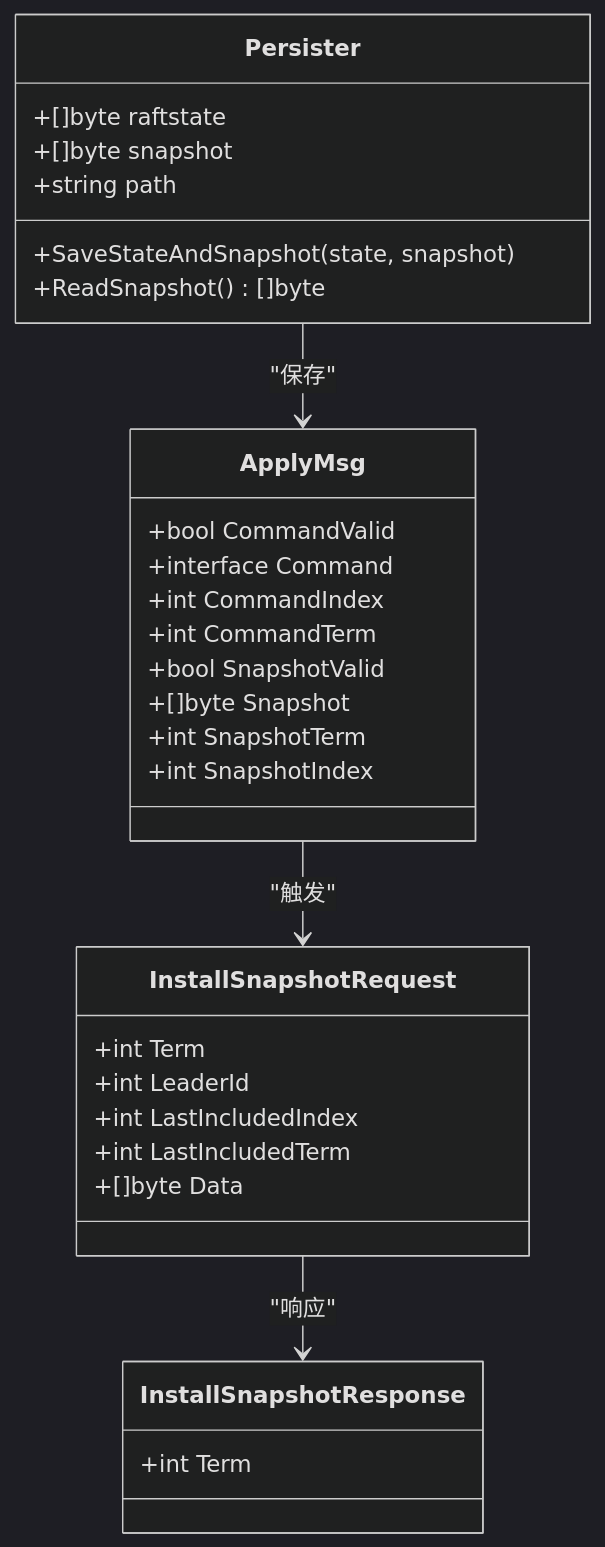
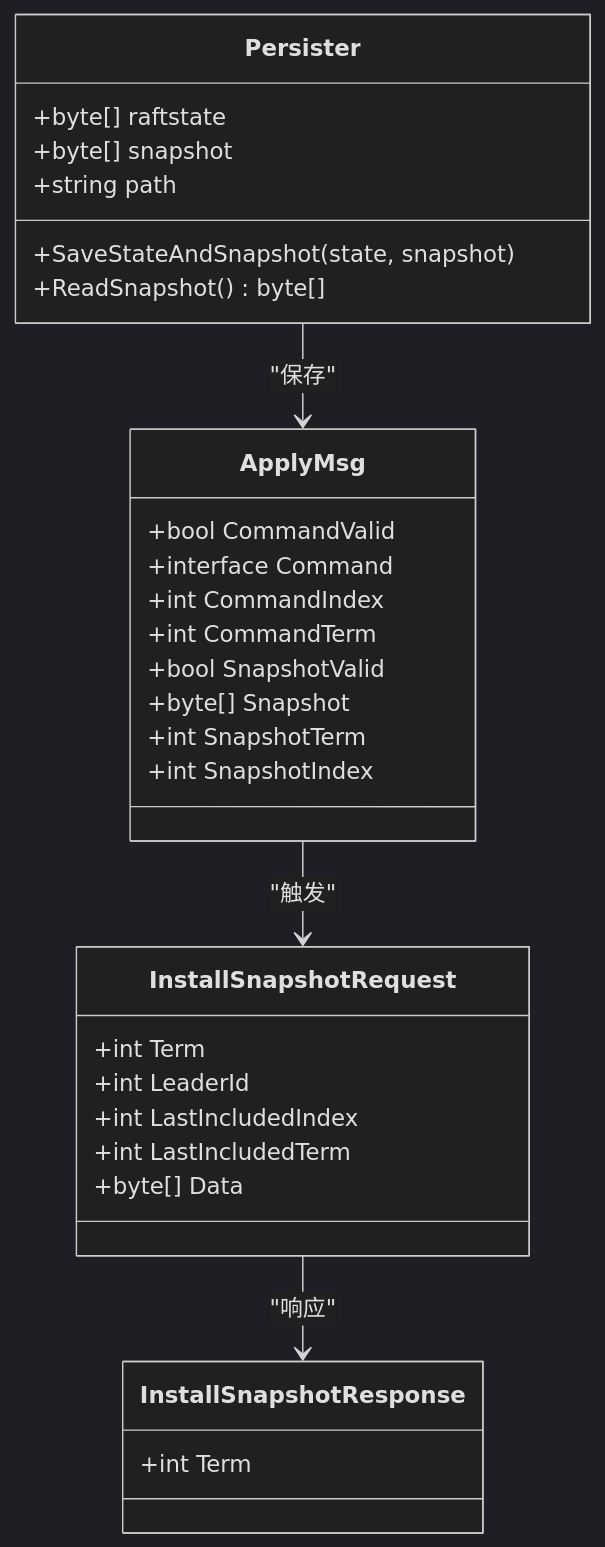
One commit to eraft-io/eraft changed the second of 16 diagrams in wiki/Raft 共识算法/Raft 实现细节/核心算法实现/快照管理机制.md. Above: the diagram before and after it, drawn with Mermaid (dark theme). The commit also changed other lines of this file and 35 other files, not shown here.

````diff
--- a/wiki/Raft 共识算法/Raft 实现细节/核心算法实现/快照管理机制.md
+++ b/wiki/Raft 共识算法/Raft 实现细节/核心算法实现/快照管理机制.md
@@ -65,33 +65,33 @@
 ```mermaid
 classDiagram
 class ApplyMsg {
 +bool CommandValid
 +interface Command
 +int CommandIndex
 +int CommandTerm
 +bool SnapshotValid
-+[]byte Snapshot
++byte[] Snapshot
 +int SnapshotTerm
 +int SnapshotIndex
 }
 class InstallSnapshotRequest {
 +int Term
 +int LeaderId
 +int LastIncludedIndex
 +int LastIncludedTerm
-+[]byte Data
++byte[] Data
 }
 class InstallSnapshotResponse {
 +int Term
 }
 class Persister {
-+[]byte raftstate
-+[]byte snapshot
++byte[] raftstate
++byte[] snapshot
 +string path
 +SaveStateAndSnapshot(state, snapshot)
-+ReadSnapshot() []byte
++ReadSnapshot() byte[]
 }
 ApplyMsg --> InstallSnapshotRequest : "触发"
 InstallSnapshotRequest --> InstallSnapshotResponse : "响应"
 Persister --> ApplyMsg : "保存"
 ```
````
